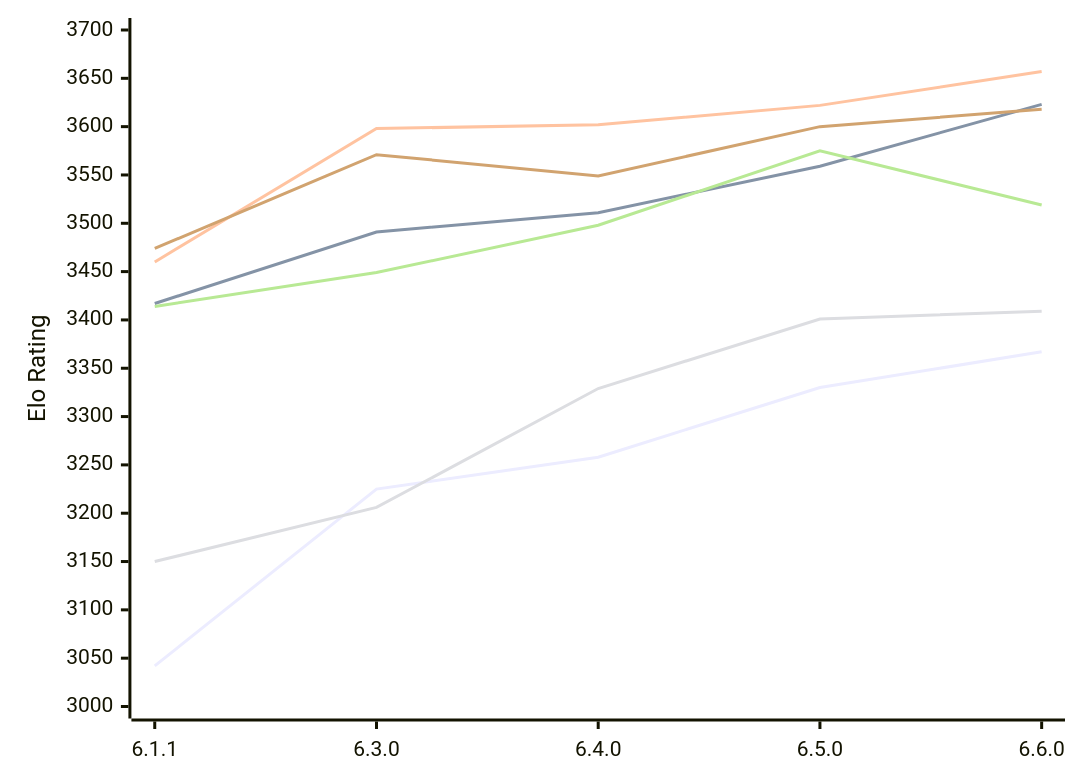
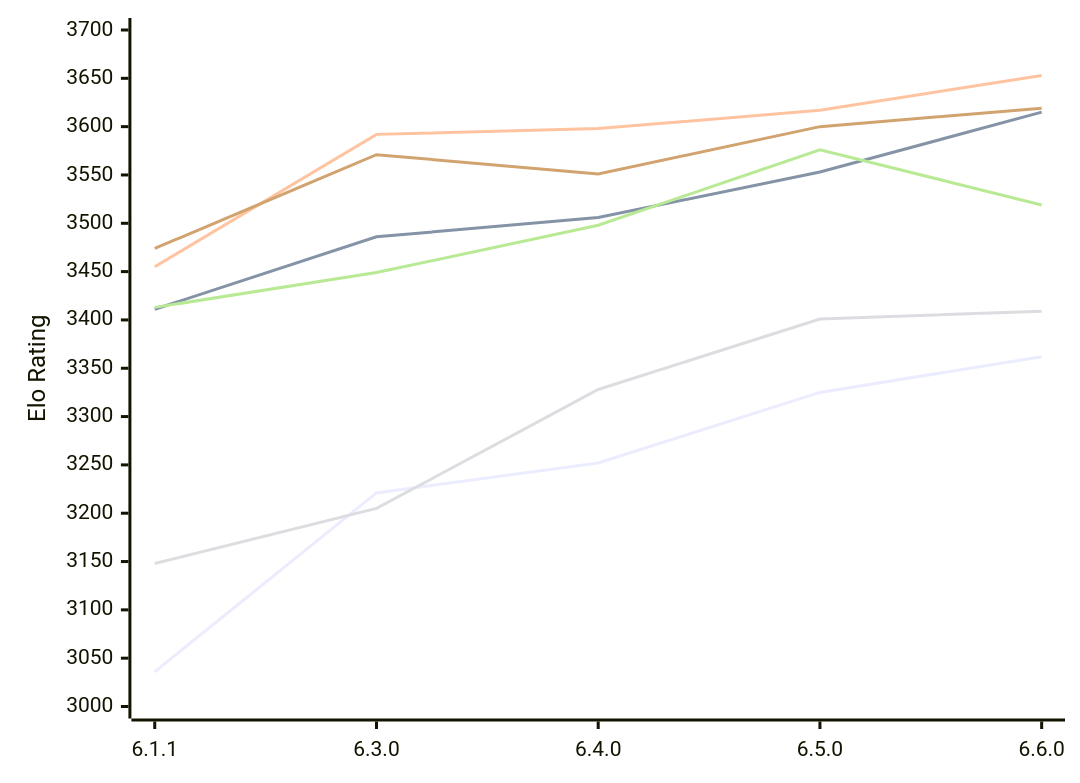
The first of 2 diagrams in engines/Zigqueen.md (computer-chess-index/cci), drawn with Mermaid before and after one commit. The commit also changed other lines of this file, not shown here.

Commit message:
Update CCI Ratings (ELO VLTC) - 2026-11-26

````diff
--- a/engines/Zigqueen.md
+++ b/engines/Zigqueen.md
@@ -59,12 +59,12 @@
 ```mermaid
 %%{init: {"theme":"base","themeVariables":{"seriesColors:['#a3a3a3','#222221','#faa371']}}}%%
 xychart-beta
   x-axis ["6.1.1", "6.3.0", "6.4.0", "6.5.0", "6.6.0"]
   y-axis "Elo Rating" 3000 --> 3700
-  line "E1: STC (8.0+0.08s)" [3042, 3225, 3258, 3330, 3367]
-  line "E1: LTC (60.0+0.60s)" [3417, 3491, 3511, 3559, 3623]
-  line "E1: VLTC (2m24s+1.12s)" [3460, 3598, 3602, 3622, 3657]
-  line "P1: STC (8.0+0.08s)" [3150, 3206, 3329, 3401, 3409]
-  line "P1: LTC (60.0+0.60s)" [3414, 3449, 3498, 3575, 3519]
-  line "P1: VLTC (2m24s+1.12s)" [3474, 3571, 3549, 3600, 3618]
+  line "E1: STC (8.0+0.08s)" [3036, 3221, 3252, 3325, 3362]
+  line "E1: LTC (60.0+0.60s)" [3411, 3486, 3506, 3553, 3615]
+  line "E1: VLTC (2m24s+1.12s)" [3455, 3592, 3598, 3617, 3653]
+  line "P1: STC (8.0+0.08s)" [3148, 3205, 3328, 3401, 3409]
+  line "P1: LTC (60.0+0.60s)" [3413, 3449, 3498, 3576, 3519]
+  line "P1: VLTC (2m24s+1.12s)" [3474, 3571, 3551, 3600, 3619]
 ```
````
